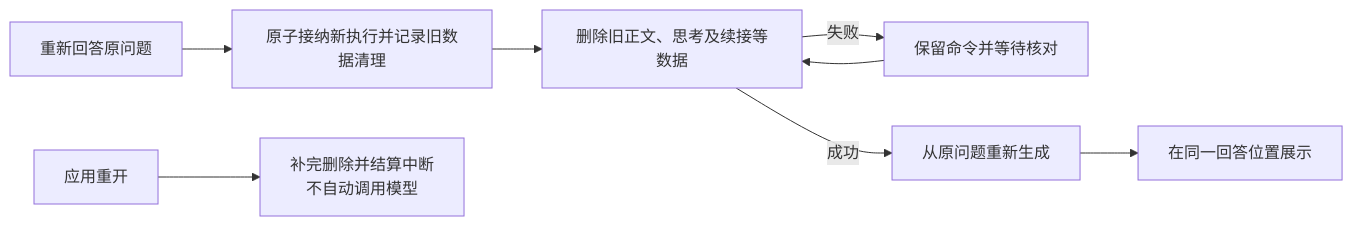
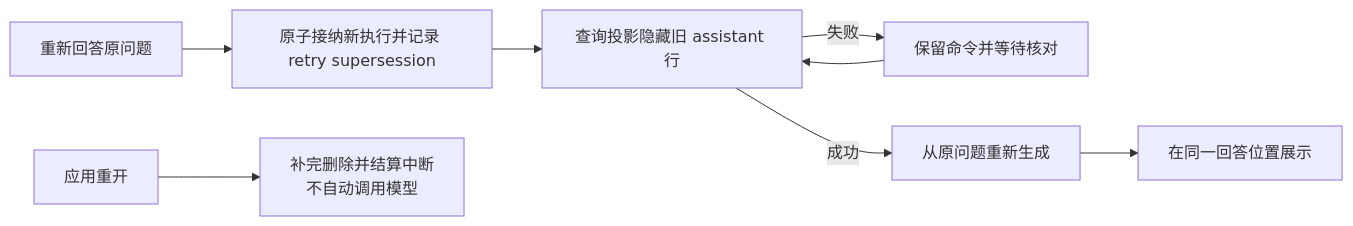
One commit to alwynou/mira changed the third of 3 diagrams in docs/architecture/AGENT_APPLICATION_RUNTIME.md. Above: the diagram before and after it, drawn with Mermaid. The commit also changed other lines of this file and 290 other files, not shown here.

````diff
--- a/docs/architecture/AGENT_APPLICATION_RUNTIME.md
+++ b/docs/architecture/AGENT_APPLICATION_RUNTIME.md
@@ -91,10 +91,10 @@
 ```mermaid
 flowchart LR
-    Retry[重新回答原问题] --> Batch[原子接纳新执行并记录旧数据清理]
-    Batch --> Purge[删除旧正文、思考及续接等数据]
-    Purge -->|失败| Pending[保留命令并等待核对]
-    Pending --> Purge
-    Purge -->|成功| Generate[从原问题重新生成]
+    Retry[重新回答原问题] --> Batch[原子接纳新执行并记录 retry supersession]
+    Batch --> Project[查询投影隐藏旧 assistant 行]
+    Project -->|失败| Pending[保留命令并等待核对]
+    Pending --> Project
+    Project -->|成功| Generate[从原问题重新生成]
     Generate --> Row[在同一回答位置展示]
     Restart[应用重开] --> Recovery[补完删除并结算中断\n不自动调用模型]
 ```
````
